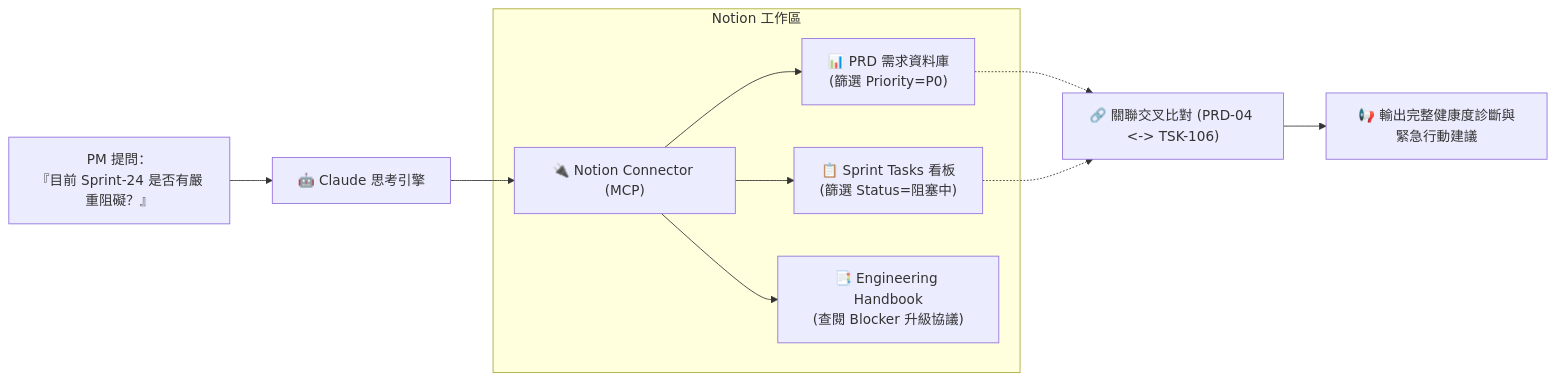
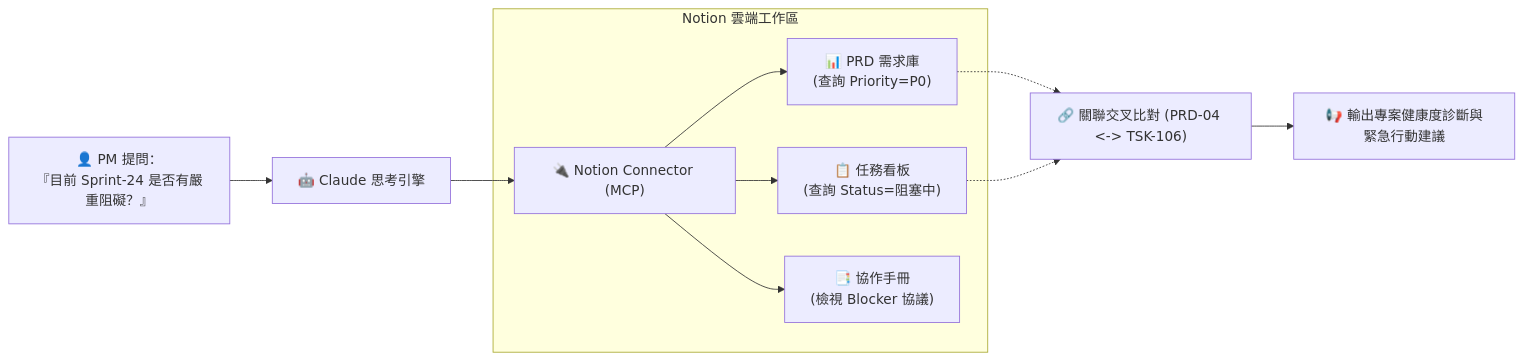
Before and after one commit to roberthsu2003/workflow-productivity: the diagram in Claude_ai/Connectors/03_Notion/README.md, drawn with Mermaid. The commit also changed other lines of this file and 1 other file, not shown here.

````diff
--- a/Claude_ai/Connectors/03_Notion/README.md
+++ b/Claude_ai/Connectors/03_Notion/README.md
@@ -50,13 +49,13 @@
 ```mermaid
 graph LR
-    User["PM 提問：<br/>『目前 Sprint-24 是否有嚴重阻礙？』"] --> Claude["🤖 Claude 思考引擎"]
-    Claude --> NotionAPI["🔌 Notion Connector (MCP)"]
-    subgraph Notion 工作區
-        NotionAPI --> DB1["📊 PRD 需求資料庫<br/>(篩選 Priority=P0)"]
-        NotionAPI --> DB2["📋 Sprint Tasks 看板<br/>(篩選 Status=阻塞中)"]
-        NotionAPI --> Wiki["📑 Engineering Handbook<br/>(查閱 Blocker 升級協議)"]
+    User["👤 PM 提問：<br/>『目前 Sprint-24 是否有嚴重阻礙？』"] --> Claude["🤖 Claude 思考引擎"]
+    Claude --> NotionConn["🔌 Notion Connector (MCP)"]
+    subgraph Notion 雲端工作區
+        NotionConn --> DB1["📊 PRD 需求庫<br/>(查詢 Priority=P0)"]
+        NotionConn --> DB2["📋 任務看板<br/>(查詢 Status=阻塞中)"]
+        NotionConn --> Wiki["📑 協作手冊<br/>(檢視 Blocker 協議)"]
     end
     DB1 -.-> Rel["🔗 關聯交叉比對 (PRD-04 <-> TSK-106)"]
     DB2 -.-> Rel
-    Rel --> Ans["📢 輸出完整健康度診斷與緊急行動建議"]
+    Rel --> Output["📢 輸出專案健康度診斷與緊急行動建議"]
 ```
````
